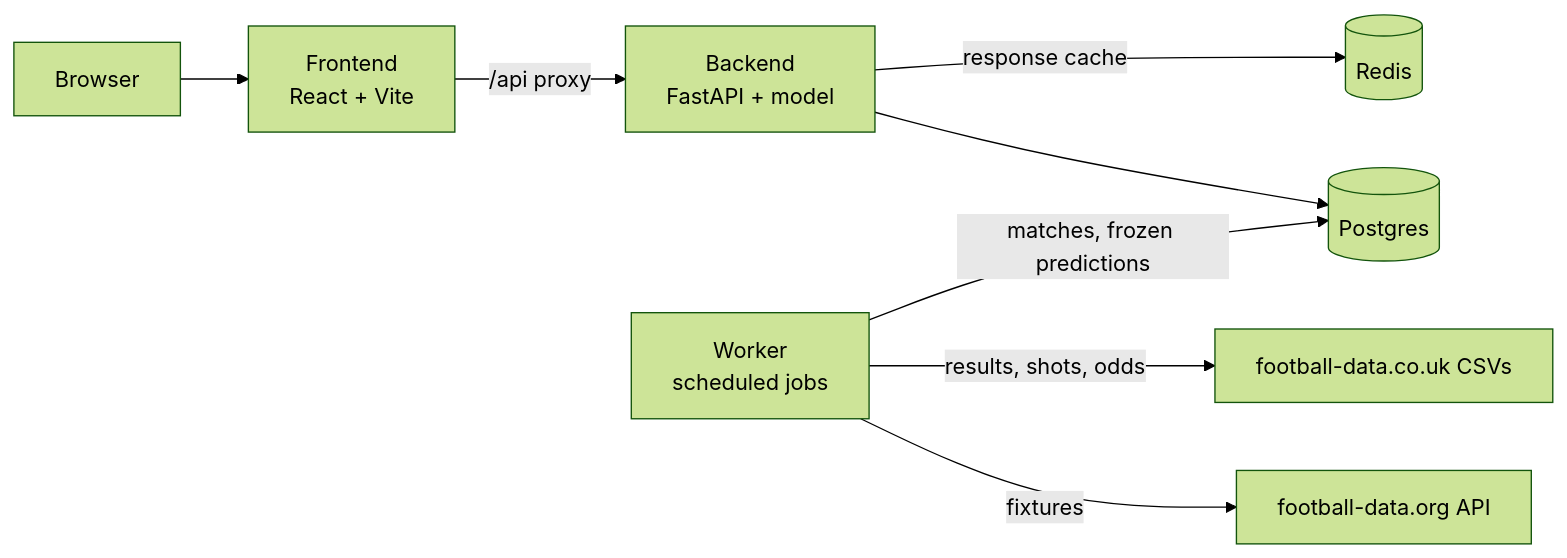
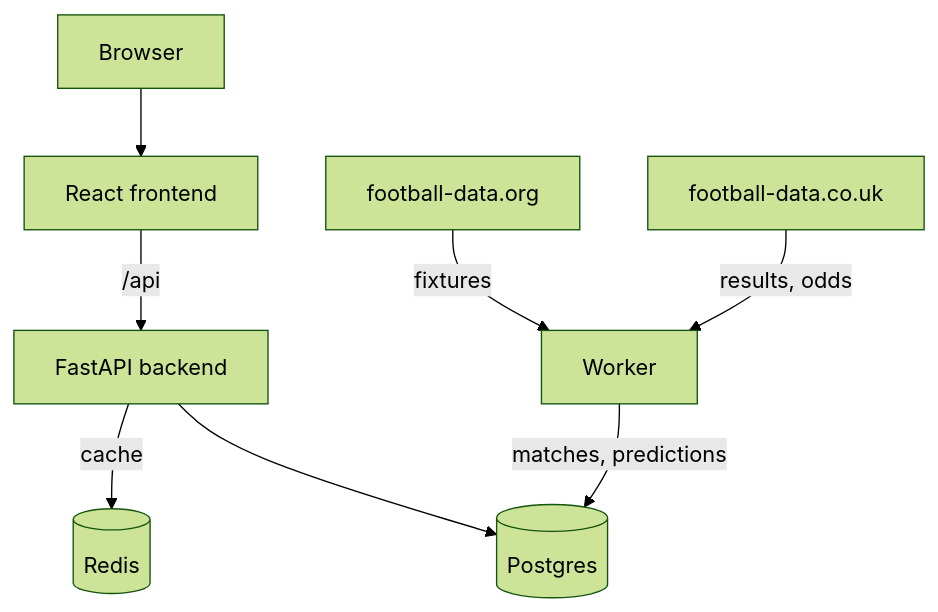
Before and after one commit to Yuvi-Pain/epl-predictor: the diagram in README.md, drawn with Mermaid (forest theme). The commit also changed other lines of this file, not shown here.

First line of the commit message:
Polish the README: highlights, a cleaner diagram and takeaways

````diff
--- a/README.md
+++ b/README.md
@@ -38,11 +39,11 @@
 ```mermaid
-flowchart LR
-    browser[Browser] --> frontend["Frontend<br/>React + Vite"]
-    frontend -->|"/api proxy"| backend["Backend<br/>FastAPI + model"]
+flowchart TB
+    browser[Browser] --> frontend[React frontend]
+    frontend -->|/api| backend[FastAPI backend]
+    backend -->|cache| redis[(Redis)]
     backend --> postgres[(Postgres)]
-    backend -->|response cache| redis[(Redis)]
 
-    worker["Worker<br/>scheduled jobs"] -->|fixtures| fdorg["football-data.org API"]
-    worker -->|results, shots, odds| fdcouk["football-data.co.uk CSVs"]
-    worker -->|"matches, frozen predictions"| postgres
+    fdorg[football-data.org] -->|fixtures| worker[Worker]
+    fdcouk[football-data.co.uk] -->|results, odds| worker
+    worker -->|matches, predictions| postgres
 ```
````
